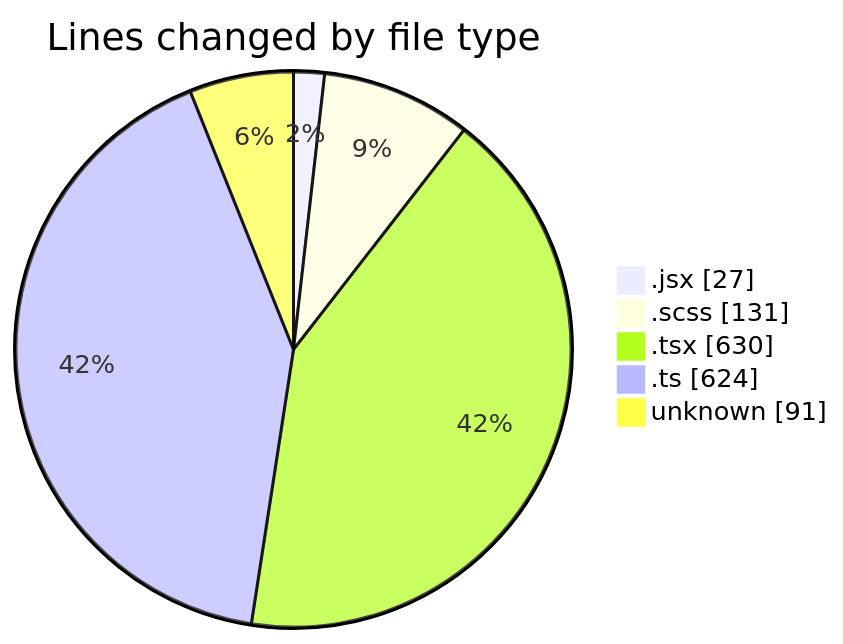
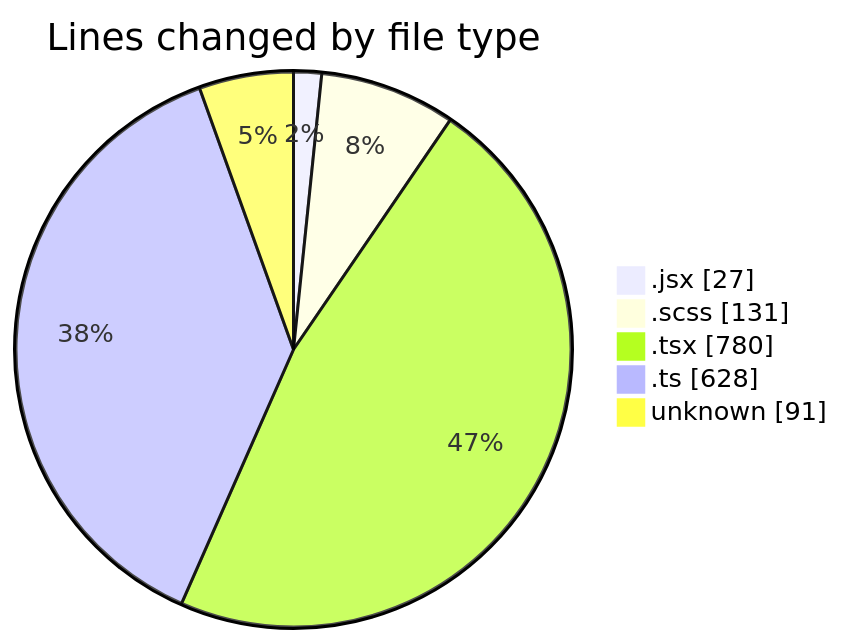
Before and after one commit to momahboobian/code-tracking: the first of 2 diagrams in 2026-03-16/cda/README.md, drawn with Mermaid. The commit also changed other lines of this file and 1 other file, not shown here.

````diff
--- a/2026-03-16/cda/README.md
+++ b/2026-03-16/cda/README.md
@@ -30,9 +31,9 @@
 ```mermaid
 pie showData
 title Lines changed by file type
 ".jsx" : 27
 ".scss" : 131
-".tsx" : 630
-".ts" : 624
+".tsx" : 780
+".ts" : 628
 "unknown" : 91
 ```
````
